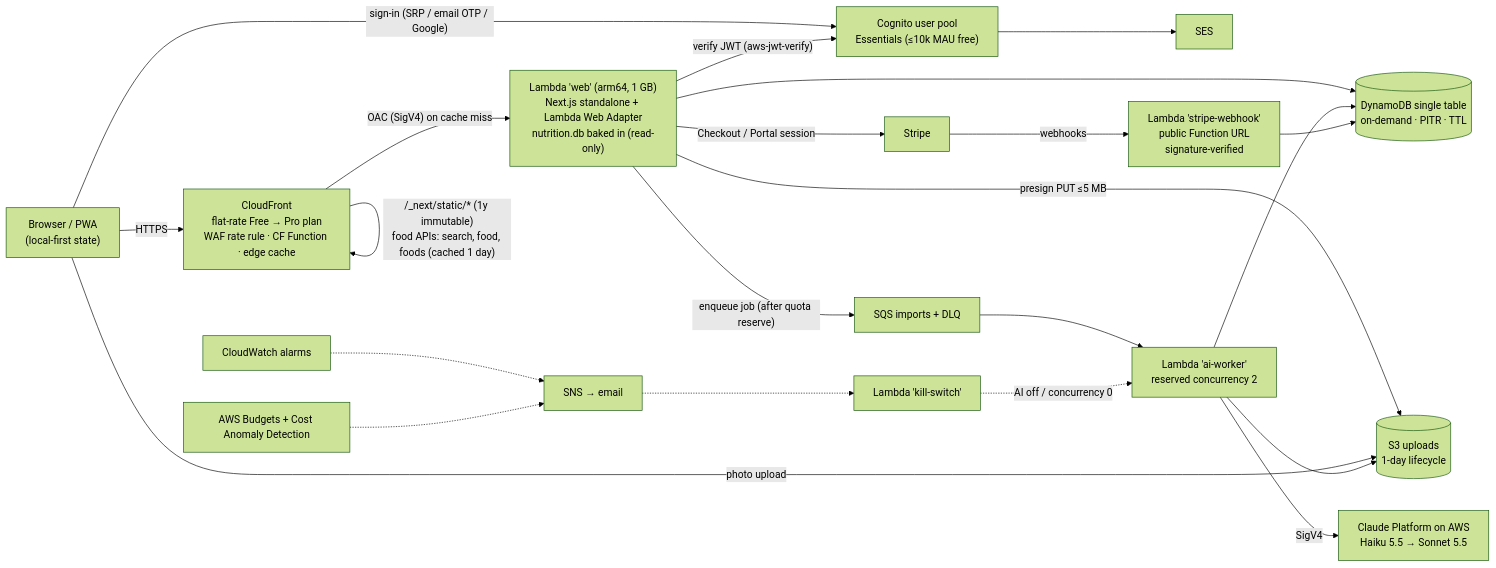
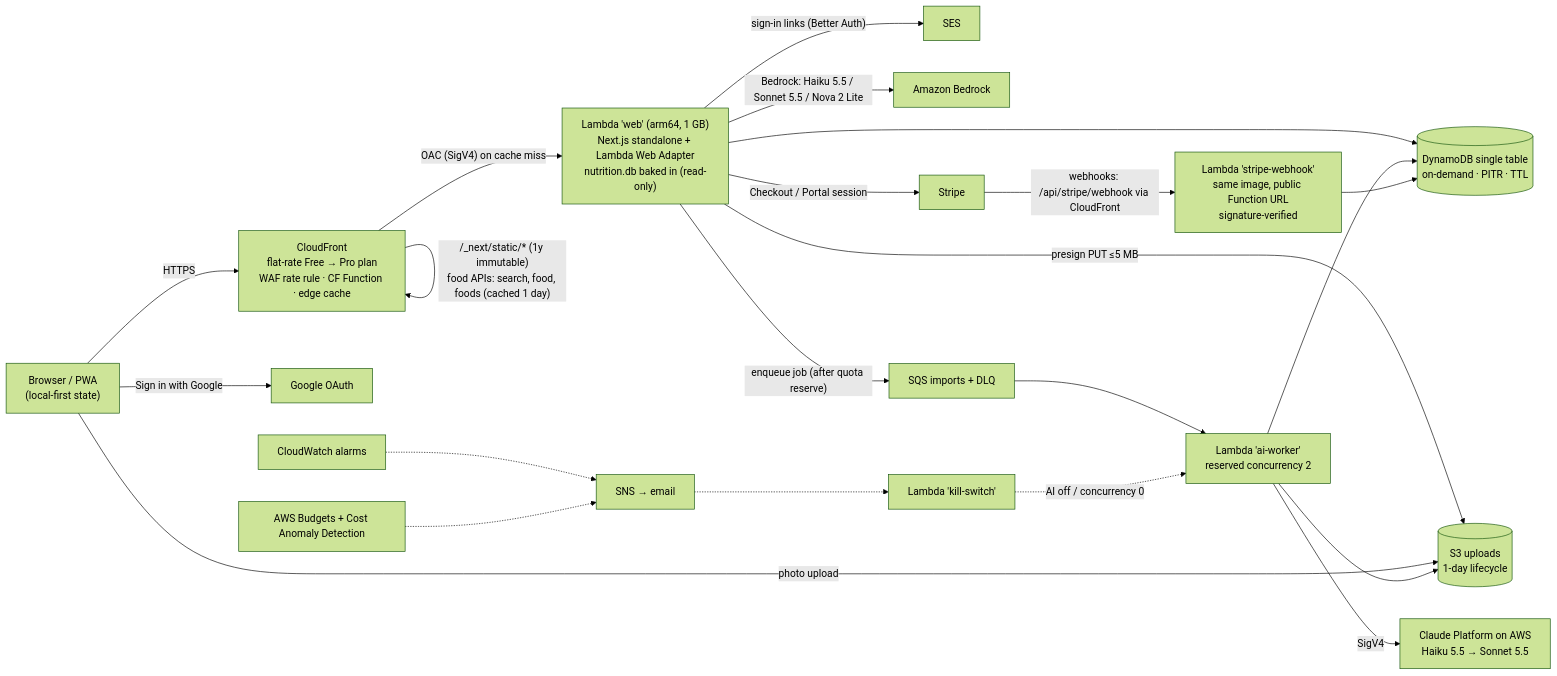
The first of 2 diagrams in docs/aws/AWS_HOSTING_DESIGN.md (yonaadug/FoodNutritionOptimize), drawn with Mermaid (forest theme) before and after one commit. The commit also changed other lines of this file and 5 other files, not shown here.

````diff
--- a/docs/aws/AWS_HOSTING_DESIGN.md
+++ b/docs/aws/AWS_HOSTING_DESIGN.md
@@ -139,24 +147,24 @@
 ```mermaid
 flowchart LR
   U["Browser / PWA<br/>(local-first state)"] -->|HTTPS| CF["CloudFront<br/>flat-rate Free → Pro plan<br/>WAF rate rule · CF Function · edge cache"]
   CF -->|"/_next/static/* (1y immutable)<br/>food APIs: search, food, foods (cached 1 day)"| CF
   CF -->|"OAC (SigV4) on cache miss"| WEB["Lambda 'web' (arm64, 1 GB)<br/>Next.js standalone + Lambda Web Adapter<br/>nutrition.db baked in (read-only)"]
-  U -->|"sign-in (SRP / email OTP / Google)"| COG["Cognito user pool<br/>Essentials (≤10k MAU free)"]
-  COG --> SES["SES"]
-  WEB -->|"verify JWT (aws-jwt-verify)"| COG
+  WEB -->|"sign-in links (Better Auth)"| SES["SES"]
+  U -->|"Sign in with Google"| GOOGLE["Google OAuth"]
+  WEB -->|"Bedrock: Haiku 5.5 / Sonnet 5.5 / Nova 2 Lite"| BEDROCK["Amazon Bedrock"]
   WEB --> DDB[("DynamoDB single table<br/>on-demand · PITR · TTL")]
   WEB -->|"presign PUT ≤5 MB"| S3U[("S3 uploads<br/>1-day lifecycle")]
   U -->|"photo upload"| S3U
   WEB -->|"enqueue job (after quota reserve)"| SQS["SQS imports + DLQ"]
   SQS --> AIW["Lambda 'ai-worker'<br/>reserved concurrency 2"]
   AIW --> S3U
   AIW -->|"SigV4"| CLAUDE["Claude Platform on AWS<br/>Haiku 5.5 → Sonnet 5.5"]
   AIW --> DDB
   WEB -->|"Checkout / Portal session"| STRIPE["Stripe"]
-  STRIPE -->|"webhooks"| HOOK["Lambda 'stripe-webhook'<br/>public Function URL<br/>signature-verified"]
+  STRIPE -->|"webhooks: /api/stripe/webhook via CloudFront"| HOOK["Lambda 'stripe-webhook'<br/>same image, public Function URL<br/>signature-verified"]
   HOOK --> DDB
   CW["CloudWatch alarms"] -.-> SNS["SNS → email"]
   BUD["AWS Budgets + Cost Anomaly Detection"] -.-> SNS
   SNS -.-> KILL["Lambda 'kill-switch'"]
   KILL -.->|"AI off / concurrency 0"| AIW
 ```
````
